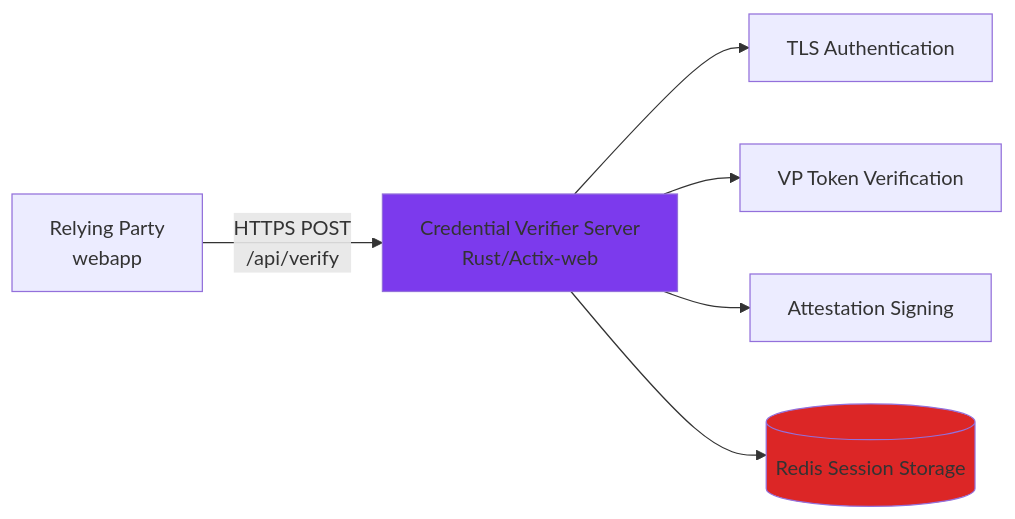
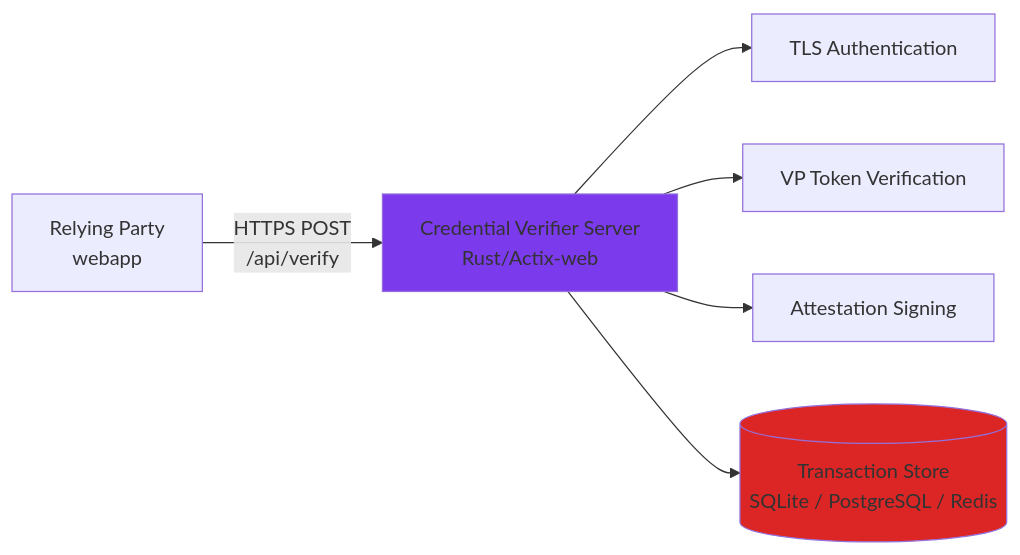
The diagram in documentation/src/credential_verifier_server.md (rd-ewqwe/ewqwe-identity), drawn with Mermaid before and after one commit. The commit also changed other lines of this file and 17 other files, not shown here.

````diff
--- a/documentation/src/credential_verifier_server.md
+++ b/documentation/src/credential_verifier_server.md
@@ -20,18 +18,18 @@
 ```mermaid
 flowchart LR
     RP[Relying Party<br/>webapp]
     Verifier[Credential Verifier Server<br/>Rust/Actix-web]
     TLS[TLS Authentication]
     VP[VP Token Verification]
     Sign[Attestation Signing]
-    Redis[(Redis Session Storage)]
-    
+    Store[(Transaction Store<br/>SQLite / PostgreSQL / Redis)]
+
     RP -->|HTTPS POST<br/>/api/verify| Verifier
     Verifier --> TLS
     Verifier --> VP
     Verifier --> Sign
-    Verifier --> Redis
-    
+    Verifier --> Store
+
     style Verifier fill:#7c3aed
-    style Redis fill:#dc2626
+    style Store fill:#dc2626
 ```
````
